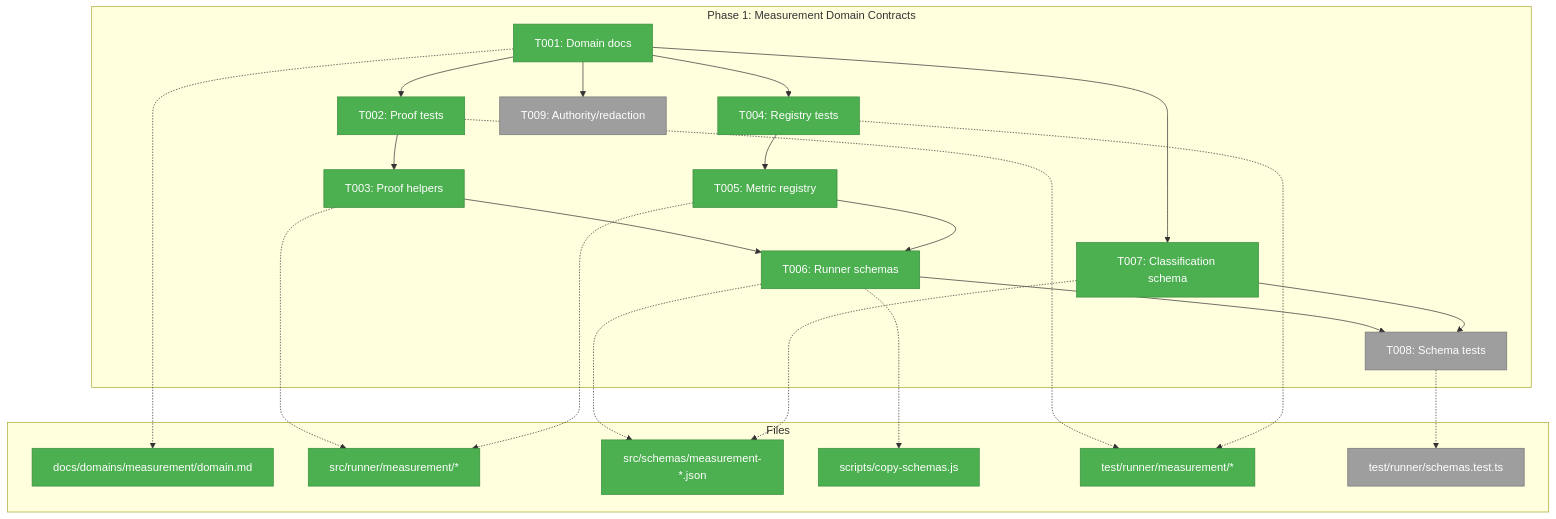
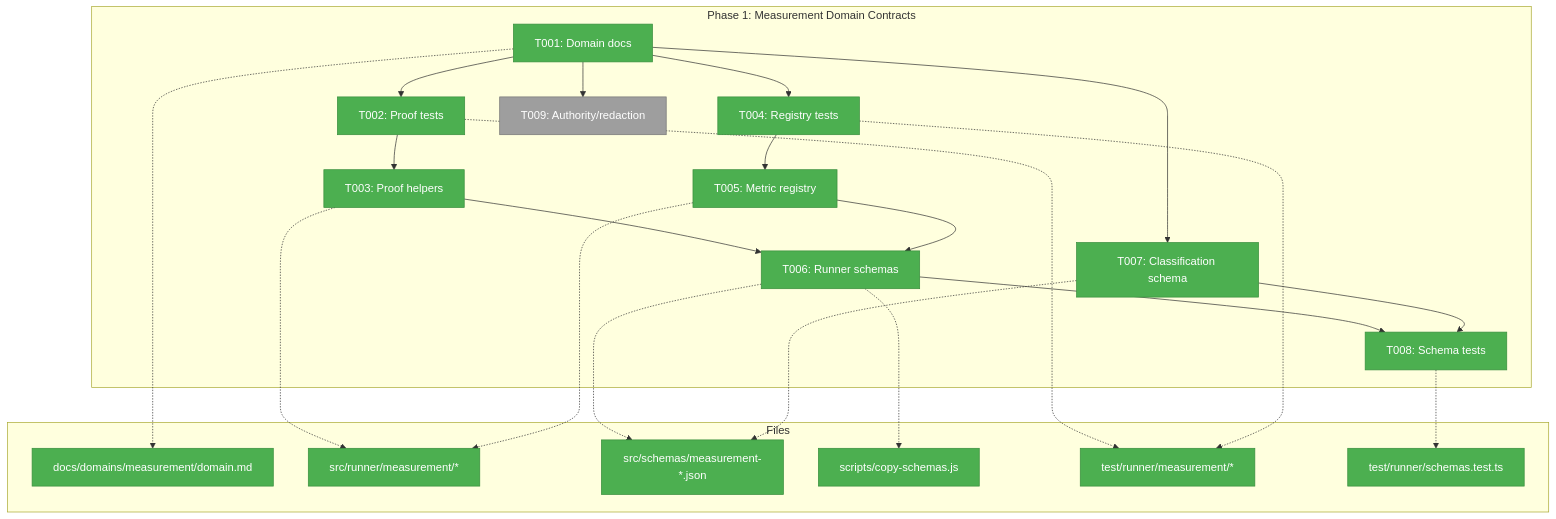
The first of 3 diagrams in docs/plans/020-minih-harness-measurement/tasks/phase-1-measurement-domain-contracts/tasks.md (AI-Substrate/minih), drawn with Mermaid before and after one commit. The commit also changed other lines of this file and 3 other files, not shown here.

Commit message:
test: cover measurement schema contracts

````diff
--- a/docs/plans/020-minih-harness-measurement/tasks/phase-1-measurement-domain-contracts/tasks.md
+++ b/docs/plans/020-minih-harness-measurement/tasks/phase-1-measurement-domain-contracts/tasks.md
@@ -85,43 +85,43 @@
 ```mermaid
 flowchart TD
     classDef pending fill:#9E9E9E,stroke:#757575,color:#fff
     classDef inprogress fill:#FFC107,stroke:#FFA000,color:#000
     classDef completed fill:#4CAF50,stroke:#388E3C,color:#fff
 
     subgraph Phase["Phase 1: Measurement Domain Contracts"]
         T001["T001: Domain docs"]:::completed
         T002["T002: Proof tests"]:::completed
         T003["T003: Proof helpers"]:::completed
         T004["T004: Registry tests"]:::completed
         T005["T005: Metric registry"]:::completed
         T006["T006: Runner schemas"]:::completed
         T007["T007: Classification schema"]:::completed
-        T008["T008: Schema tests"]:::pending
+        T008["T008: Schema tests"]:::completed
         T009["T009: Authority/redaction"]:::pending
         T001 --> T002 --> T003
         T001 --> T004 --> T005
         T003 --> T006 --> T008
         T005 --> T006
         T001 --> T007 --> T008
         T001 --> T009
     end
 
     subgraph Files["Files"]
         D1["docs/domains/measurement/domain.md"]:::completed
         R1["src/runner/measurement/*"]:::completed
         S1["src/schemas/measurement-*.json"]:::completed
         C1["scripts/copy-schemas.js"]:::completed
         V1["test/runner/measurement/*"]:::completed
-        V2["test/runner/schemas.test.ts"]:::pending
+        V2["test/runner/schemas.test.ts"]:::completed
     end
 
     T001 -.-> D1
     T003 -.-> R1
     T005 -.-> R1
     T006 -.-> S1
     T006 -.-> C1
     T007 -.-> S1
     T002 -.-> V1
     T004 -.-> V1
     T008 -.-> V2
 ```
````
